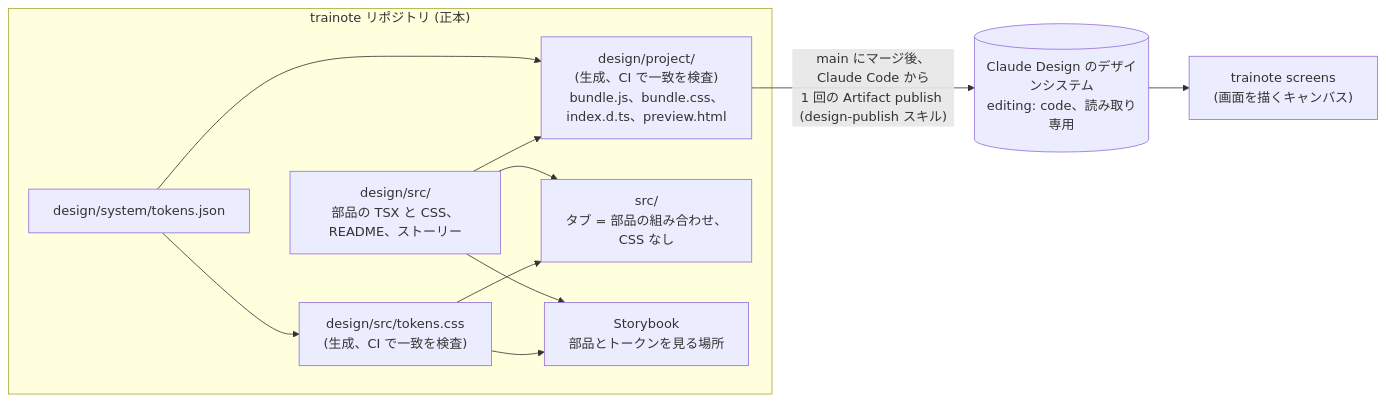
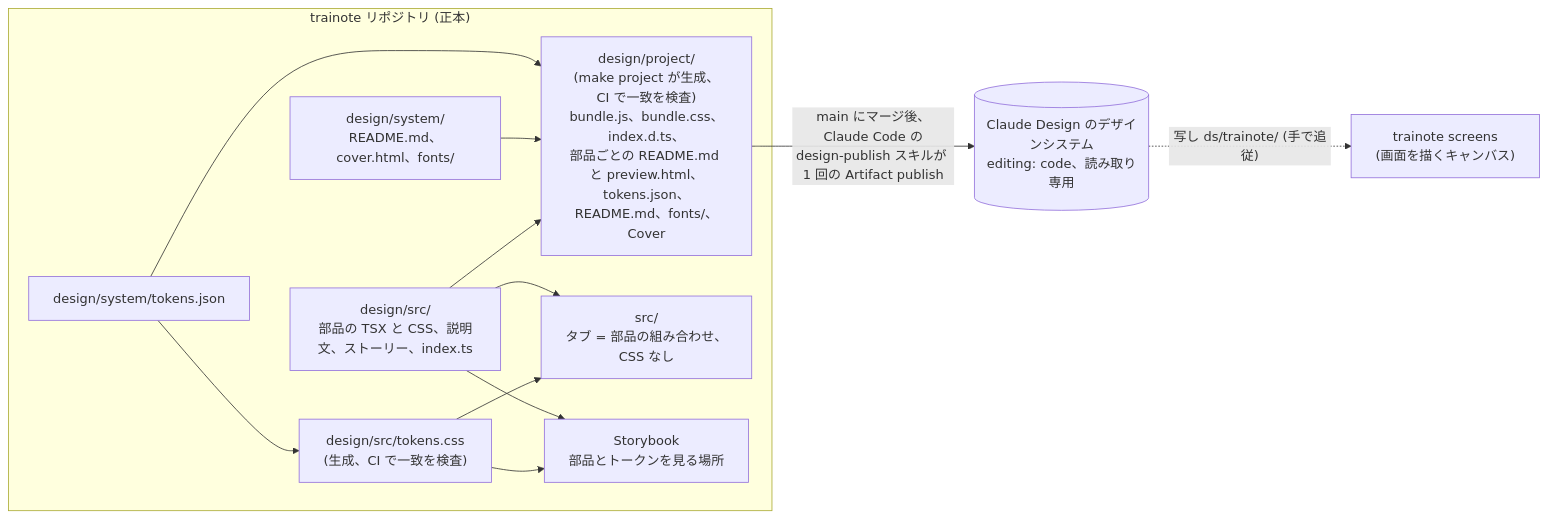
One commit to yamat47/trainote changed the diagram in docs/design.md. Above: the diagram before and after it, drawn with Mermaid. The commit also changed other lines of this file and 3 other files, not shown here.

Commit message:
docs: describe the build and the design-publish skill

````diff
--- a/docs/design.md
+++ b/docs/design.md
@@ -15,20 +15,22 @@
 ```mermaid
 flowchart LR
   subgraph repo["trainote リポジトリ (正本)"]
     tokens["design/system/tokens.json"]
-    src["design/src/<br/>部品の TSX と CSS、README、ストーリー"]
+    brand["design/system/<br/>README.md、cover.html、fonts/"]
+    src["design/src/<br/>部品の TSX と CSS、説明文、ストーリー、index.ts"]
     tokenscss["design/src/tokens.css<br/>(生成、CI で一致を検査)"]
-    project["design/project/<br/>(生成、CI で一致を検査)<br/>bundle.js、bundle.css、index.d.ts、preview.html"]
+    project["design/project/<br/>(make project が生成、CI で一致を検査)<br/>bundle.js、bundle.css、index.d.ts、<br/>部品ごとの README.md と preview.html、<br/>tokens.json、README.md、fonts/、Cover"]
     app["src/<br/>タブ = 部品の組み合わせ、CSS なし"]
     sb["Storybook<br/>部品とトークンを見る場所"]
     tokens --> tokenscss
     tokens --> project
+    brand --> project
     src --> project
     src --> app
     src --> sb
     tokenscss --> app
     tokenscss --> sb
   end
-  project -- "main にマージ後、Claude Code から<br/>1 回の Artifact publish (design-publish スキル)" --> ds[("Claude Design のデザインシステム<br/>editing: code、読み取り専用")]
-  ds --> screens["trainote screens<br/>(画面を描くキャンバス)"]
+  project -- "main にマージ後、Claude Code の<br/>design-publish スキルが 1 回の Artifact publish" --> ds[("Claude Design のデザインシステム<br/>editing: code、読み取り専用")]
+  ds -. "写し ds/trainote/ (手で追従)" .-> screens["trainote screens<br/>(画面を描くキャンバス)"]
 ```
````
